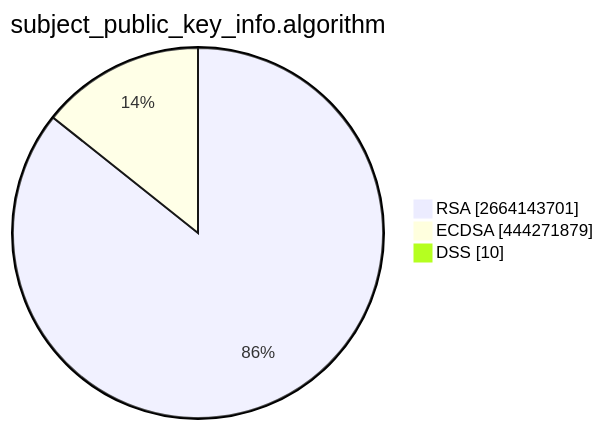
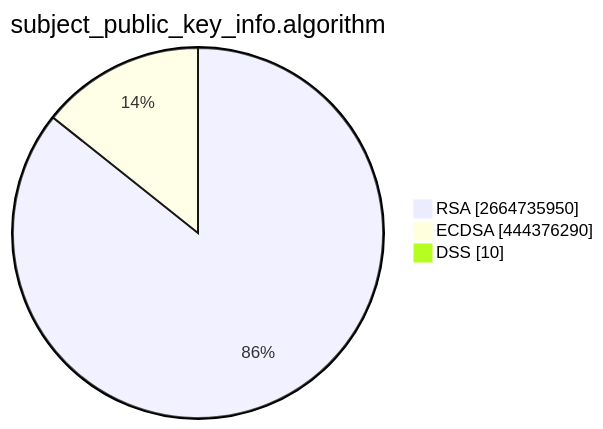
The second of 15 diagrams in TOTAL/README.md (christiankrug/ctmonitor_visualization), drawn with Mermaid before and after one commit. The commit also changed other lines of this file, not shown here.

````diff
--- a/TOTAL/README.md
+++ b/TOTAL/README.md
@@ -6,7 +6,7 @@
 ```mermaid
 pie showData
 title subject_public_key_info.algorithm
-"RSA" :2664143701
-"ECDSA" :444271879
+"RSA" :2664735950
+"ECDSA" :444376290
 "DSS" :10
 ```
````
